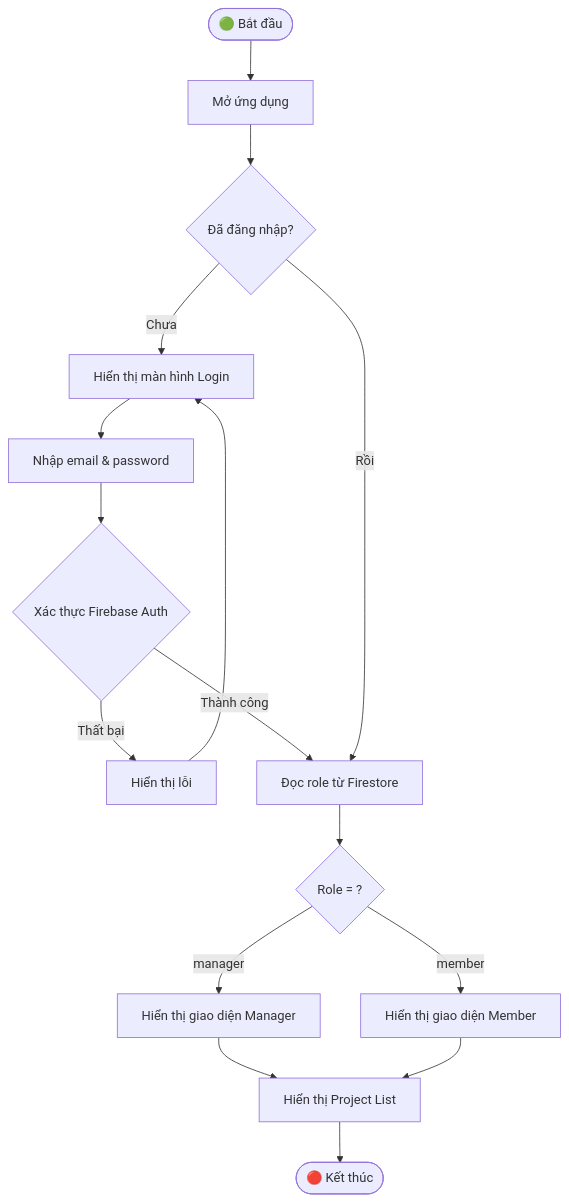
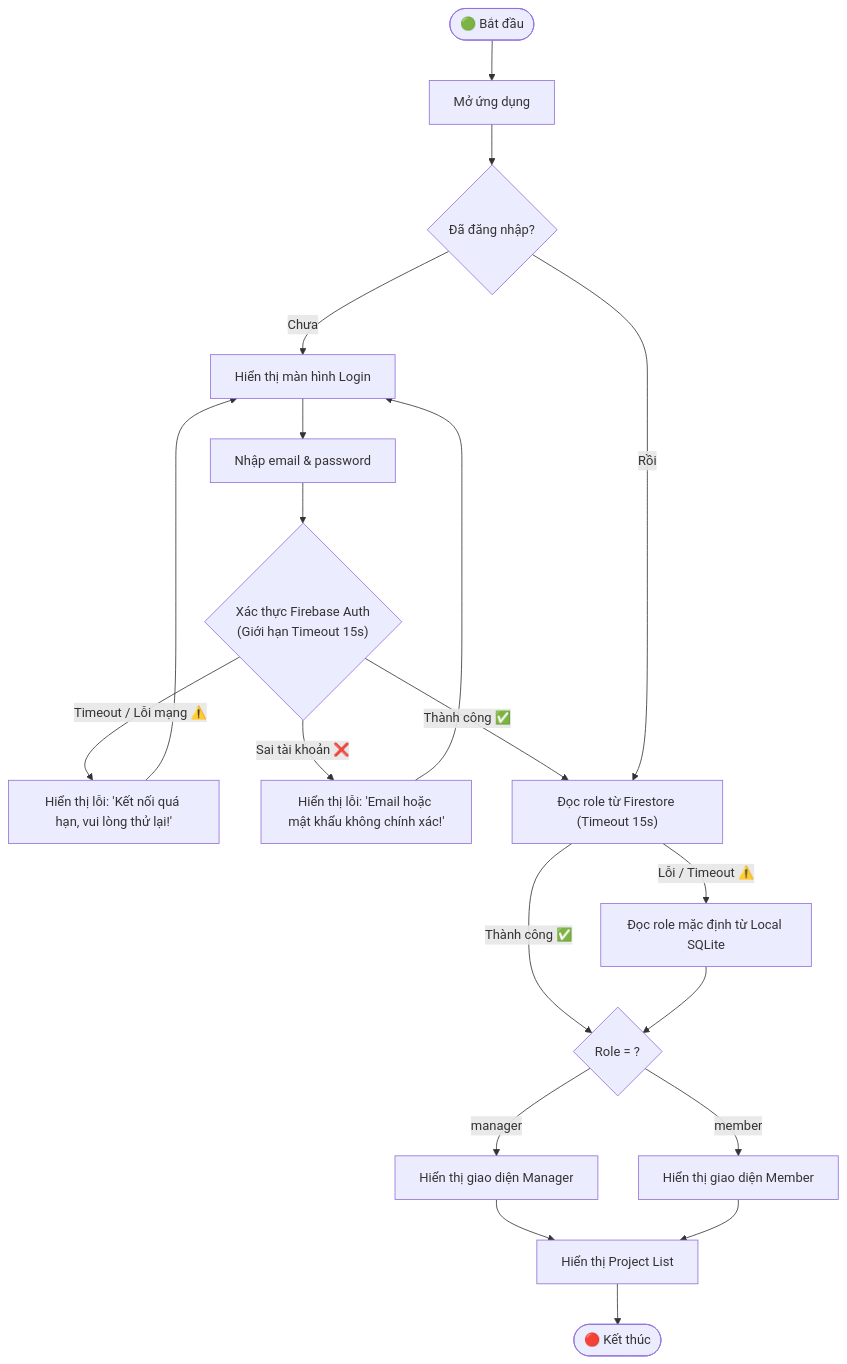
The fifth of 19 diagrams in docs/uml_va_luong_hoat_dong.md (ttt-huong/TaskFlow_Huong_Thuong_Cuong_N03_1_2026), drawn with Mermaid before and after one commit. The commit also changed other lines of this file and 15 other files, not shown here.

Commit message:
feat & fix: Ket noi Firebase, hoan thien luong du lieu Dual Storage (SQLite + Firestore) va sua loi trong assigneeName, assigneeAvatar

````diff
--- a/docs/uml_va_luong_hoat_dong.md
+++ b/docs/uml_va_luong_hoat_dong.md
@@ -239,18 +206,28 @@
 ```mermaid
 flowchart TD
     A(["🟢 Bắt đầu"]) --> B["Mở ứng dụng"]
     B --> C{"Đã đăng nhập?"}
     C -- Chưa --> D["Hiển thị màn hình Login"]
     D --> E["Nhập email & password"]
-    E --> F{"Xác thực Firebase Auth"}
-    F -- Thất bại --> G["Hiển thị lỗi"]
-    G --> D
-    F -- Thành công --> H["Đọc role từ Firestore"]
+    E --> F{"Xác thực Firebase Auth\n(Giới hạn Timeout 15s)"}
+    
+    F -- "Timeout / Lỗi mạng ⚠️" --> G_TIMEOUT["Hiển thị lỗi: 'Kết nối quá hạn, vui lòng thử lại!'"]
+    G_TIMEOUT --> D
+    
+    F -- "Sai tài khoản ❌" --> G_AUTH["Hiển thị lỗi: 'Email hoặc mật khẩu không chính xác!'"]
+    G_AUTH --> D
+    
+    F -- "Thành công ✅" --> H["Đọc role từ Firestore (Timeout 15s)"]
+    H -- "Lỗi / Timeout ⚠️" --> G_ROLE["Đọc role mặc định từ Local SQLite"]
+    
+    H -- "Thành công ✅" --> I{"Role = ?"}
+    G_ROLE --> I
+    
     C -- Rồi --> H
-    H --> I{"Role = ?"}
+    
     I -- manager --> J["Hiển thị giao diện Manager"]
     I -- member --> K["Hiển thị giao diện Member"]
     J --> L["Hiển thị Project List"]
     K --> L
     L --> M(["🔴 Kết thúc"])
 ```
````
